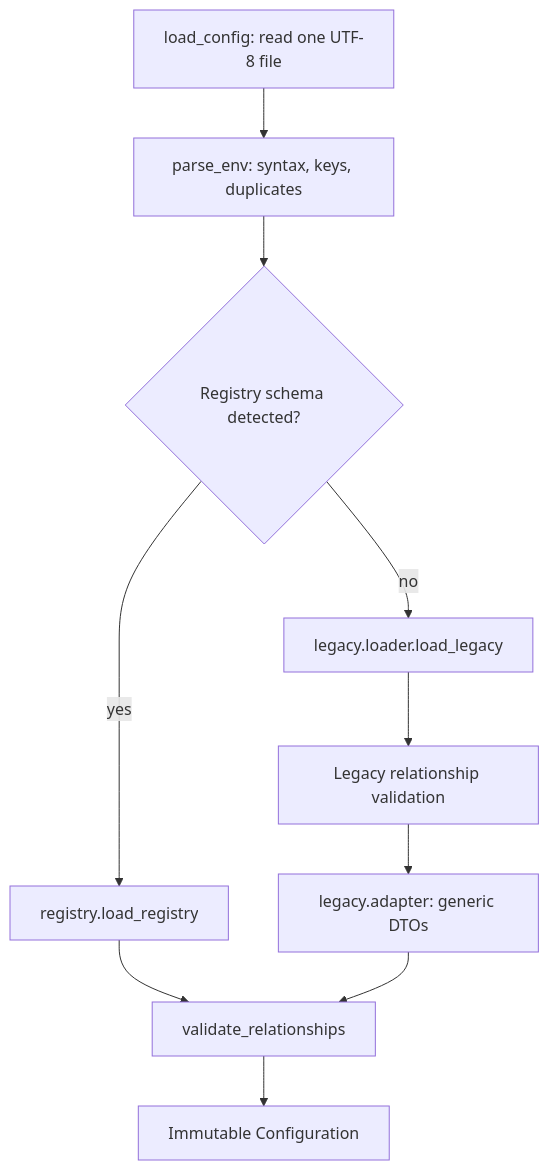
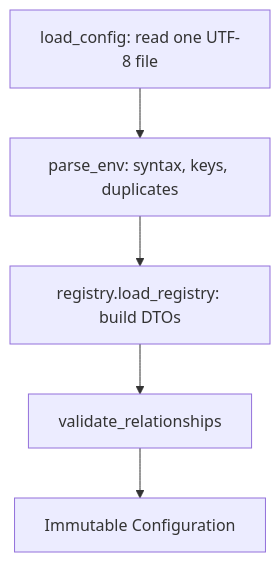
One commit to kstopka/media-archive changed the diagram in docs/architecture.md. Above: the diagram before and after it, drawn with Mermaid. The commit also changed other lines of this file and 30 other files, not shown here.

First line of the commit message:
feat: implement registry-based configuration and validation CLI

````diff
--- a/docs/architecture.md
+++ b/docs/architecture.md
@@ -68,12 +67,7 @@
 ```mermaid
 flowchart TD
     A[load_config: read one UTF-8 file] --> B[parse_env: syntax, keys, duplicates]
-    B --> C{Registry schema detected?}
-    C -->|yes| D[registry.load_registry]
-    C -->|no| E[legacy.loader.load_legacy]
-    E --> F[Legacy relationship validation]
-    F --> G[legacy.adapter: generic DTOs]
-    D --> H[validate_relationships]
-    G --> H
-    H --> I[Immutable Configuration]
+    B --> C[registry.load_registry: build DTOs]
+    C --> D[validate_relationships]
+    D --> E[Immutable Configuration]
 ```
````
